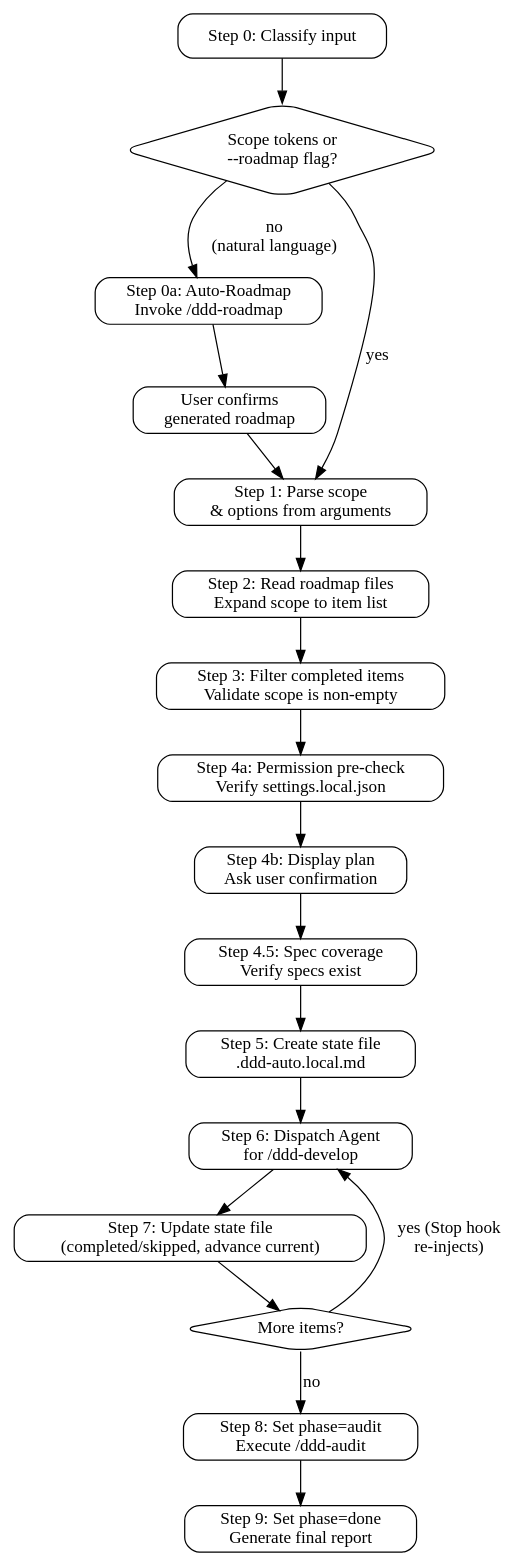
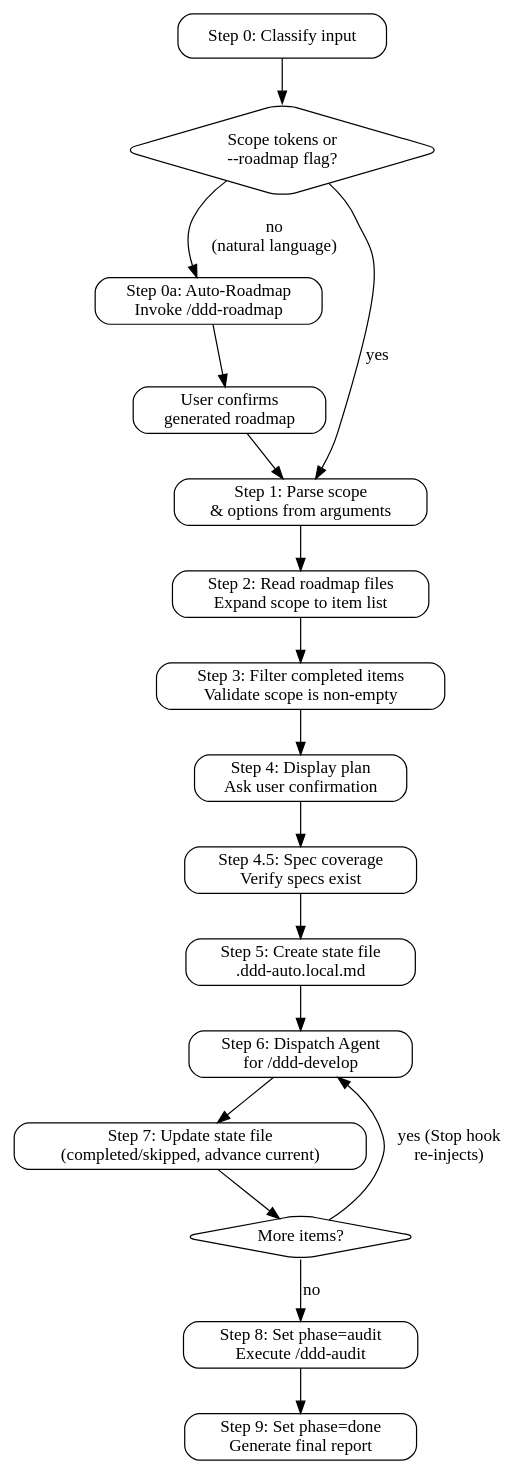
One commit to litecore-ai/ddd-coding-skills changed the diagram in skills/ddd-auto/SKILL.md. Above: the diagram before and after it, drawn with Graphviz. The commit also changed other lines of this file and 4 other files, not shown here.

First line of the commit message:
fix(ddd-auto): sync roadmap checkboxes after each item + audit & consistency overhaul

````diff
--- a/skills/ddd-auto/SKILL.md
+++ b/skills/ddd-auto/SKILL.md
@@ -44,34 +44,33 @@
 ```dot
 digraph ddd_auto {
   rankdir=TB;
   node [shape=box, style=rounded];
 
   classify [label="Step 0: Classify input"];
   is_scope [label="Scope tokens or\n--roadmap flag?" shape=diamond];
   auto_roadmap [label="Step 0a: Auto-Roadmap\nInvoke /ddd-roadmap"];
   confirm_roadmap [label="User confirms\ngenerated roadmap"];
   parse [label="Step 1: Parse scope\n& options from arguments"];
   read_roadmap [label="Step 2: Read roadmap files\nExpand scope to item list"];
   validate [label="Step 3: Filter completed items\nValidate scope is non-empty"];
-  perm_check [label="Step 4a: Permission pre-check\nVerify settings.local.json"];
-  confirm [label="Step 4b: Display plan\nAsk user confirmation"];
+  confirm [label="Step 4: Display plan\nAsk user confirmation"];
   spec_check [label="Step 4.5: Spec coverage\nVerify specs exist"];
   create_state [label="Step 5: Create state file\n.ddd-auto.local.md"];
   develop [label="Step 6: Dispatch Agent\nfor /ddd-develop"];
   update [label="Step 7: Update state file\n(completed/skipped, advance current)"];
   check [label="More items?" shape=diamond];
   audit [label="Step 8: Set phase=audit\nExecute /ddd-audit"];
   report [label="Step 9: Set phase=done\nGenerate final report"];
 
   classify -> is_scope;
   is_scope -> parse [label="yes"];
   is_scope -> auto_roadmap [label="no\n(natural language)"];
   auto_roadmap -> confirm_roadmap -> parse;
 
-  parse -> read_roadmap -> validate -> perm_check -> confirm -> spec_check -> create_state -> develop;
+  parse -> read_roadmap -> validate -> confirm -> spec_check -> create_state -> develop;
   develop -> update -> check;
   check -> develop [label="yes (Stop hook\nre-injects)"];
   check -> audit [label="no"];
   audit -> report;
 }
 ```
````
